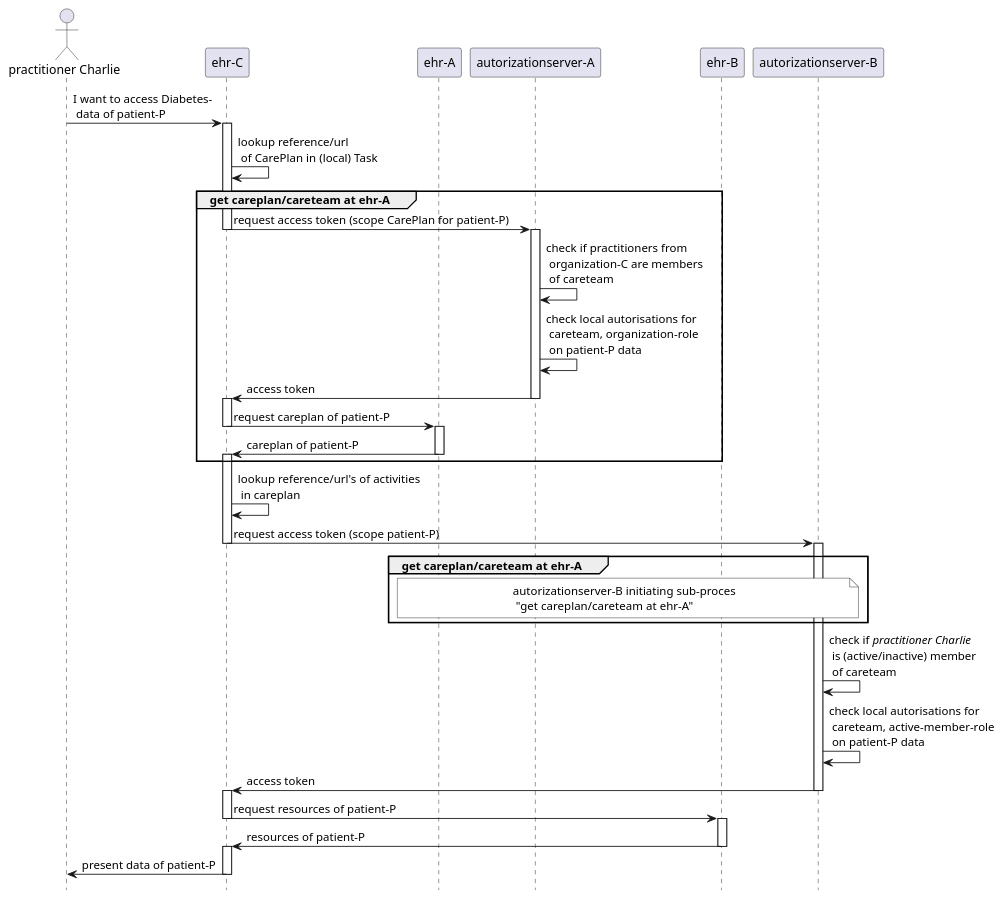
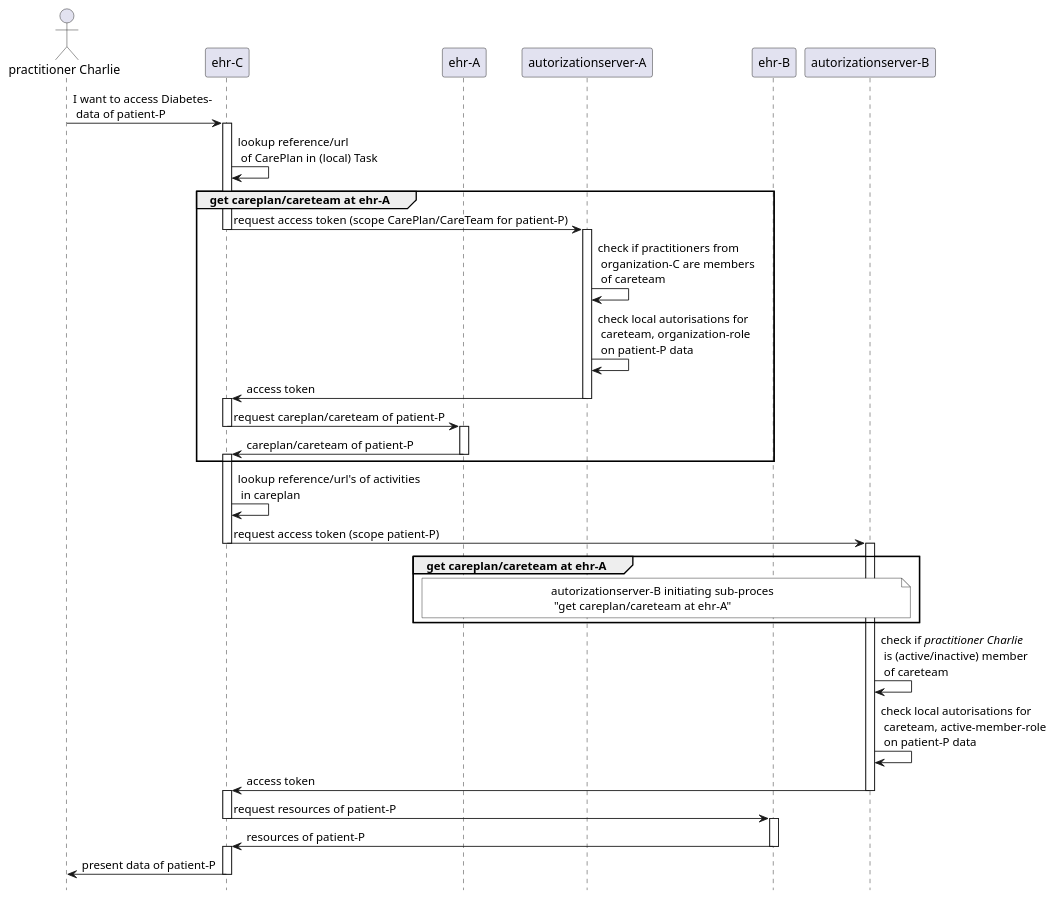
The diagram in input/images-source/example1-retrievingdata.puml (SanteonNL/shared-care-planning), drawn with PlantUML before and after one commit. The commit also changed 3 other files, not shown here.

```diff
--- a/input/images-source/example1-retrievingdata.puml
+++ b/input/images-source/example1-retrievingdata.puml
@@ -1,58 +1,58 @@
 @startuml example1-retrievingdata
 ' box "organization A" #LightYellow
 participant "autorizationserver-A" as asa order 40
 participant "ehr-A" as ehra order 30
 ' end box
 ' box "organization B" #LightYellow
 participant "autorizationserver-B" as asb order 60
 participant "ehr-B" as ehrb order 50
 ' end box
 ' box "organization C" #LightYellow
 participant "ehr-C" as ehrc order 20
 actor "practitioner Charlie" as prc order 10
 ' end box
 hide footbox
 
 prc -> ehrc : I want to access Diabetes-\n data of patient-P
 activate ehrc
 ehrc -> ehrc : lookup reference/url\n of CarePlan in (local) Task
 
 
 group get careplan/careteam at ehr-A
-    ehrc -> asa : request access token (scope CarePlan for patient-P)
+    ehrc -> asa : request access token (scope CarePlan/CareTeam for patient-P)
     deactivate ehrc
     activate asa
     asa -> asa : check if practitioners from\n organization-C are members\n of careteam
     asa -> asa : check local autorisations for\n careteam, organization-role\n on patient-P data
     asa -> ehrc : access token
     deactivate asa
     activate ehrc
-    ehrc -> ehra : request careplan of patient-P
+    ehrc -> ehra : request careplan/careteam of patient-P
     deactivate ehrc
     activate ehra
-    ehra -> ehrc : careplan of patient-P
+    ehra -> ehrc : careplan/careteam of patient-P
     deactivate ehra
     activate ehrc
 end
 
 ehrc -> ehrc : lookup reference/url's of activities\n in careplan
 ehrc -> asb : request access token (scope patient-P)
 deactivate ehrc
 activate asb
 group  get careplan/careteam at ehr-A
     note over asb, ehra #White : autorizationserver-B initiating sub-proces\n "get careplan/careteam at ehr-A" 
 end
 asb -> asb : check if //practitioner Charlie//\n is (active/inactive) member\n of careteam
 asb -> asb : check local autorisations for\n careteam, active-member-role\n on patient-P data
 asb -> ehrc : access token
 deactivate asb
 activate ehrc
 ehrc -> ehrb : request resources of patient-P
 deactivate ehrc
 activate ehrb
 ehrb -> ehrc : resources of patient-P
 deactivate ehrb
 activate ehrc
 ehrc -> prc : present data of patient-P
 deactivate ehrc
 @enduml
```
